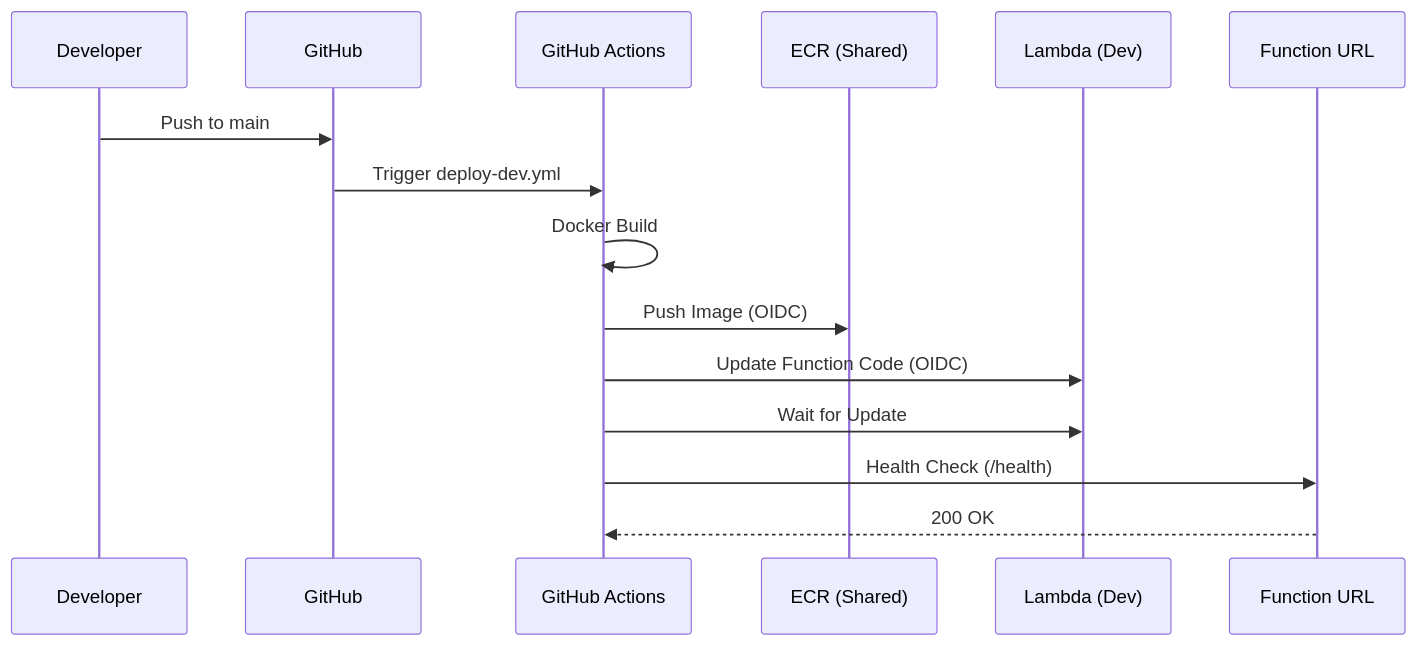
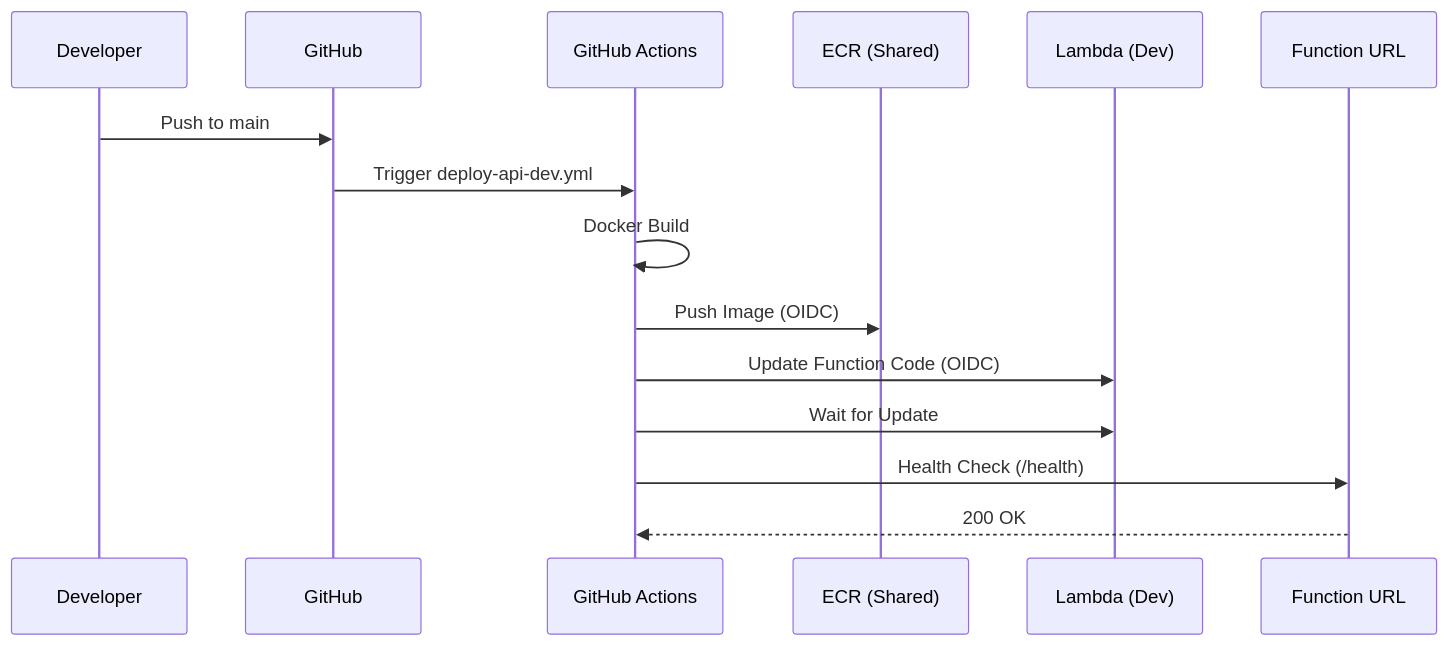
The second of 5 diagrams in docs/architecture.md (takoikatakotako/rikako), drawn with Mermaid before and after one commit. The commit also changed 6 other files, not shown here.

````diff
--- a/docs/architecture.md
+++ b/docs/architecture.md
@@ -61,18 +61,18 @@
 ```mermaid
 sequenceDiagram
     participant Dev as Developer
     participant GH as GitHub
     participant GA as GitHub Actions
     participant ECR as ECR (Shared)
     participant Lambda as Lambda (Dev)
     participant FURL as Function URL
 
     Dev->>GH: Push to main
-    GH->>GA: Trigger deploy-dev.yml
+    GH->>GA: Trigger deploy-api-dev.yml
     GA->>GA: Docker Build
     GA->>ECR: Push Image (OIDC)
     GA->>Lambda: Update Function Code (OIDC)
     GA->>Lambda: Wait for Update
     GA->>FURL: Health Check (/health)
     FURL-->>GA: 200 OK
 ```
````
